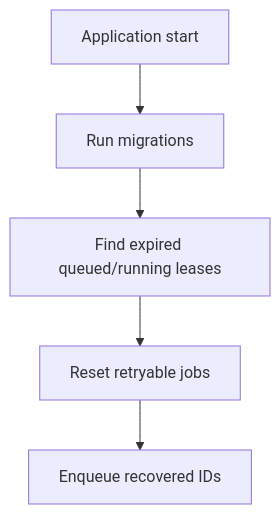
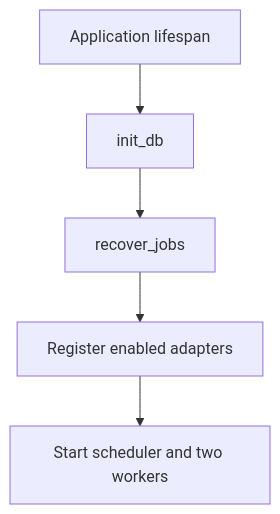
One commit to ekolancer/SocDownload changed the second of 2 diagrams in docs/01-requirements/flowcharts.md. Above: the diagram before and after it, drawn with Mermaid. The commit also changed other lines of this file and 19 other files, not shown here.

````diff
--- a/docs/01-requirements/flowcharts.md
+++ b/docs/01-requirements/flowcharts.md
@@ -29,7 +25,7 @@
 ```mermaid
 flowchart TD
- A[Application start] --> B[Run migrations]
- B --> C[Find expired queued/running leases]
- C --> D[Reset retryable jobs]
- D --> E[Enqueue recovered IDs]
+ A[Application lifespan] --> B[init_db]
+ B --> C[recover_jobs]
+ C --> D[Register enabled adapters]
+ D --> E[Start scheduler and two workers]
 ```
````
